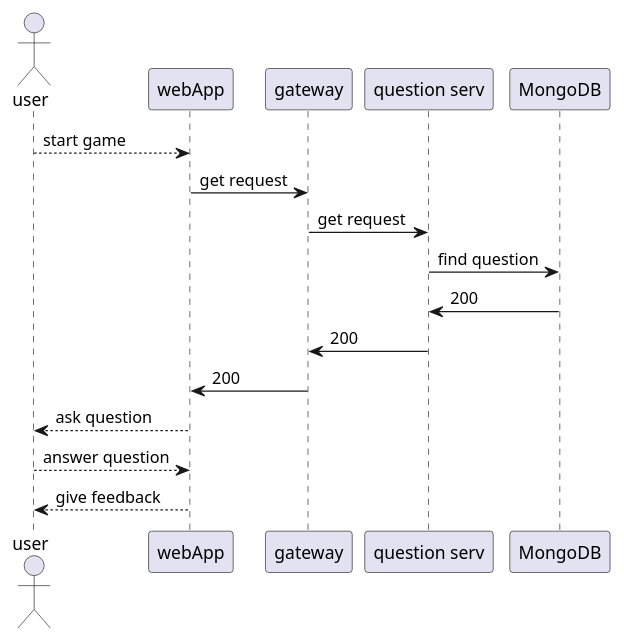
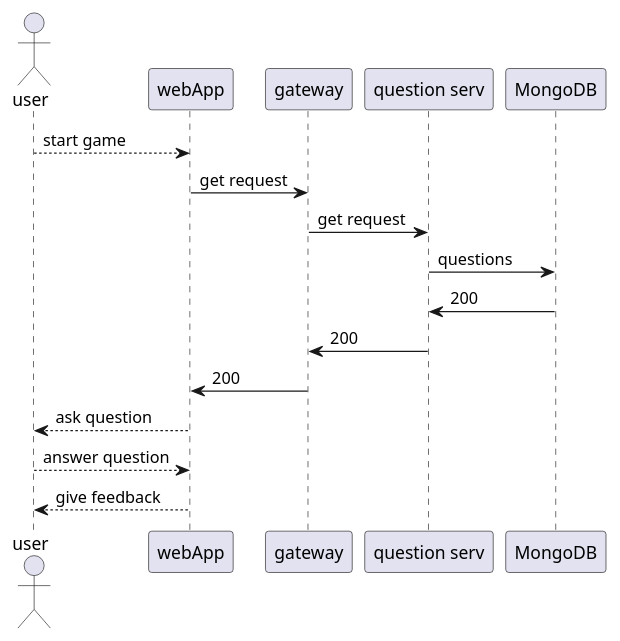
The third of 5 diagrams in docs/src/06_runtime_view.adoc (Arquisoft/wiq_7), drawn with PlantUML before and after one commit. The commit also changed other lines of this file and 16 other files, not shown here.

```diff
--- a/docs/src/06_runtime_view.adoc
+++ b/docs/src/06_runtime_view.adoc
@@ -54,19 +54,19 @@
 [plantuml, "play", svg]
 ----
 actor user
 participant webapp as "webApp"
 participant gw as "gateway"
 participant qserv as "question serv"
 participant mongo as "MongoDB"
 
 user --> webapp: start game
 webapp -> gw: get request
 gw -> qserv: get request
-qserv -> mongo: find question
+qserv -> mongo: questions
 mongo -> qserv: 200
 qserv -> gw: 200
 gw -> webapp: 200
 webapp --> user: ask question
 user --> webapp: answer question
 webapp --> user: give feedback
 ----
```
